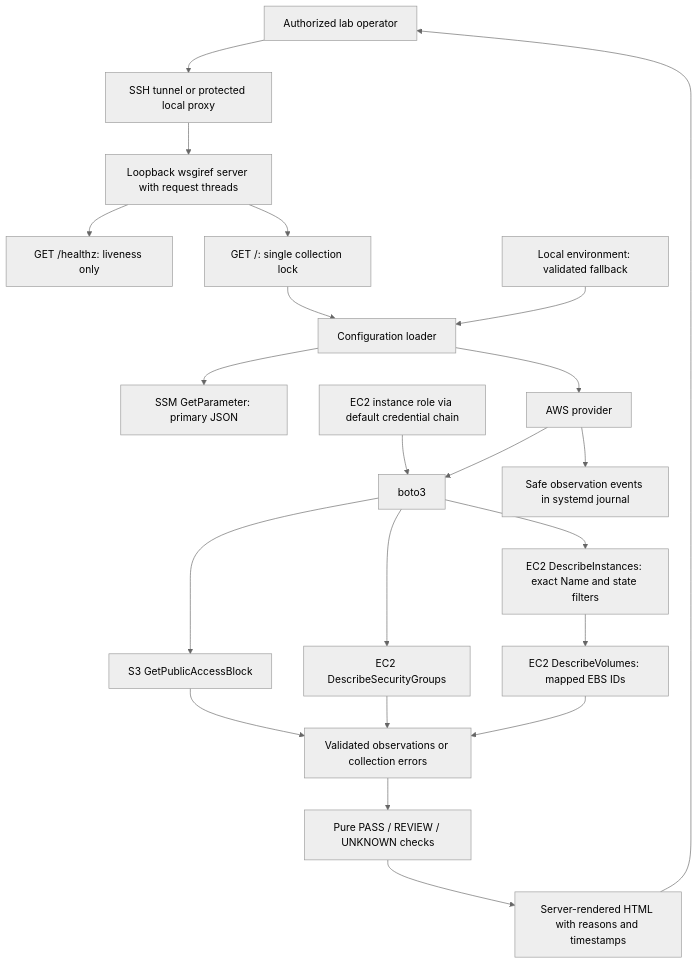
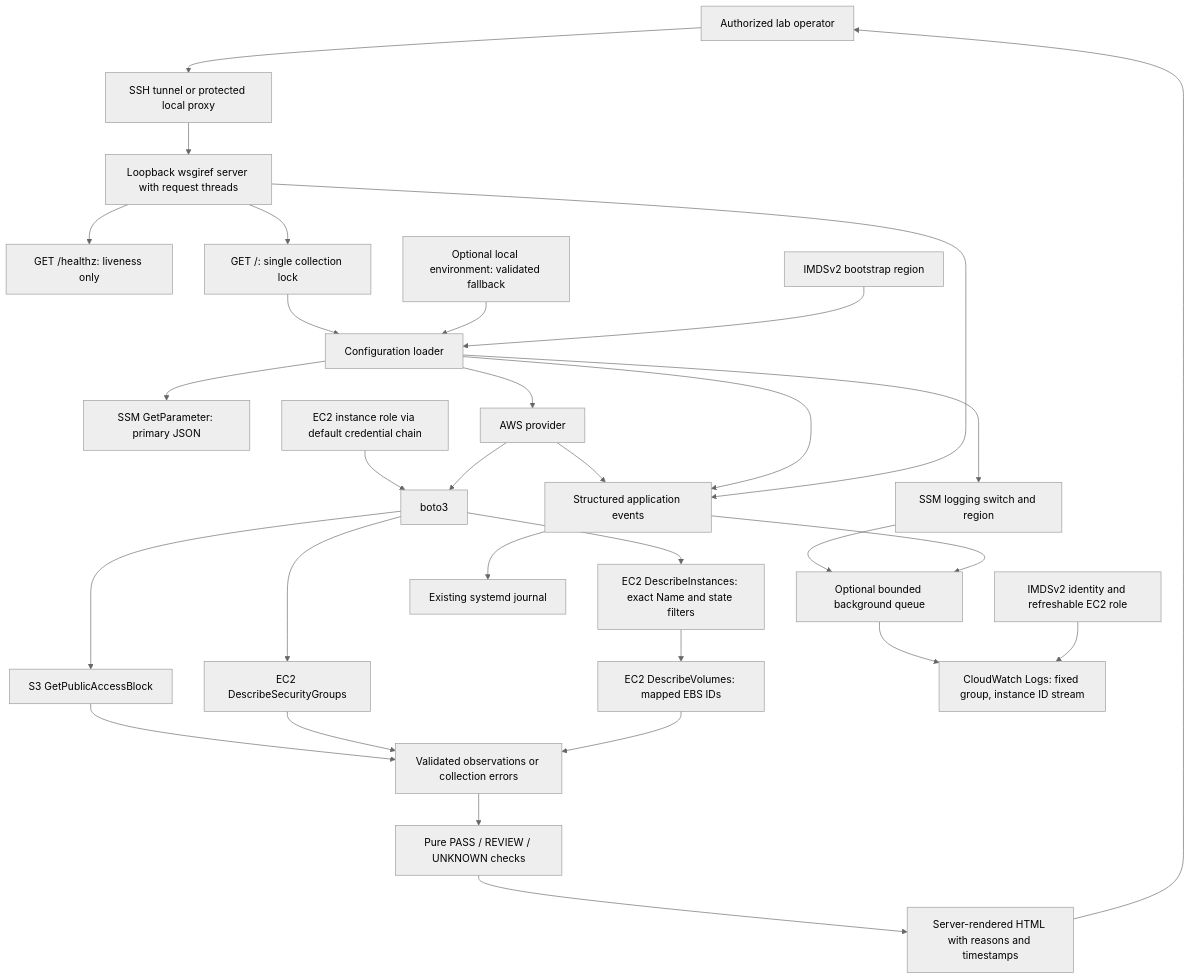
One commit to BO317/cloud-security-posture-explorer changed the diagram in docs/ARCHITECTURE.md. Above: the diagram before and after it, drawn with Mermaid (neutral theme). The commit also changed other lines of this file and 19 other files, not shown here.

Commit message:
Add role-authenticated CloudWatch logging with SSM configuration

````diff
--- a/docs/ARCHITECTURE.md
+++ b/docs/ARCHITECTURE.md
@@ -10,24 +10,33 @@
 ```mermaid
 flowchart TD
     User[Authorized lab operator] --> Access[SSH tunnel or protected local proxy]
     Access --> Web[Loopback wsgiref server with request threads]
     Web --> Health[GET /healthz: liveness only]
     Web --> Gate[GET /: single collection lock]
     Gate --> Config[Configuration loader]
     Config --> SSM[SSM GetParameter: primary JSON]
-    Env[Local environment: validated fallback] --> Config
+    Env[Optional local environment: validated fallback] --> Config
+    IMDS[IMDSv2 bootstrap region] --> Config
     Config --> Provider[AWS provider]
+    Config --> LogChoice[SSM logging switch and region]
+    LogChoice --> Queue
     Role[EC2 instance role via default credential chain] --> SDK[boto3]
     Provider --> SDK
     SDK --> S3[S3 GetPublicAccessBlock]
     SDK --> EC2[EC2 DescribeSecurityGroups]
     SDK --> Instances[EC2 DescribeInstances: exact Name and state filters]
     Instances --> Volumes[EC2 DescribeVolumes: mapped EBS IDs]
     S3 --> Evidence[Validated observations or collection errors]
     EC2 --> Evidence
     Volumes --> Evidence
     Evidence --> Checks[Pure PASS / REVIEW / UNKNOWN checks]
     Checks --> HTML[Server-rendered HTML with reasons and timestamps]
     HTML --> User
-    Provider --> Audit[Safe observation events in systemd journal]
+    Provider --> Audit[Structured application events]
+    Config --> Audit
+    Web --> Audit
+    Audit --> Journal[Existing systemd journal]
+    Audit --> Queue[Optional bounded background queue]
+    Queue --> Logs[CloudWatch Logs: fixed group, instance ID stream]
+    Metadata[IMDSv2 identity and refreshable EC2 role] --> Logs
 ```
````
